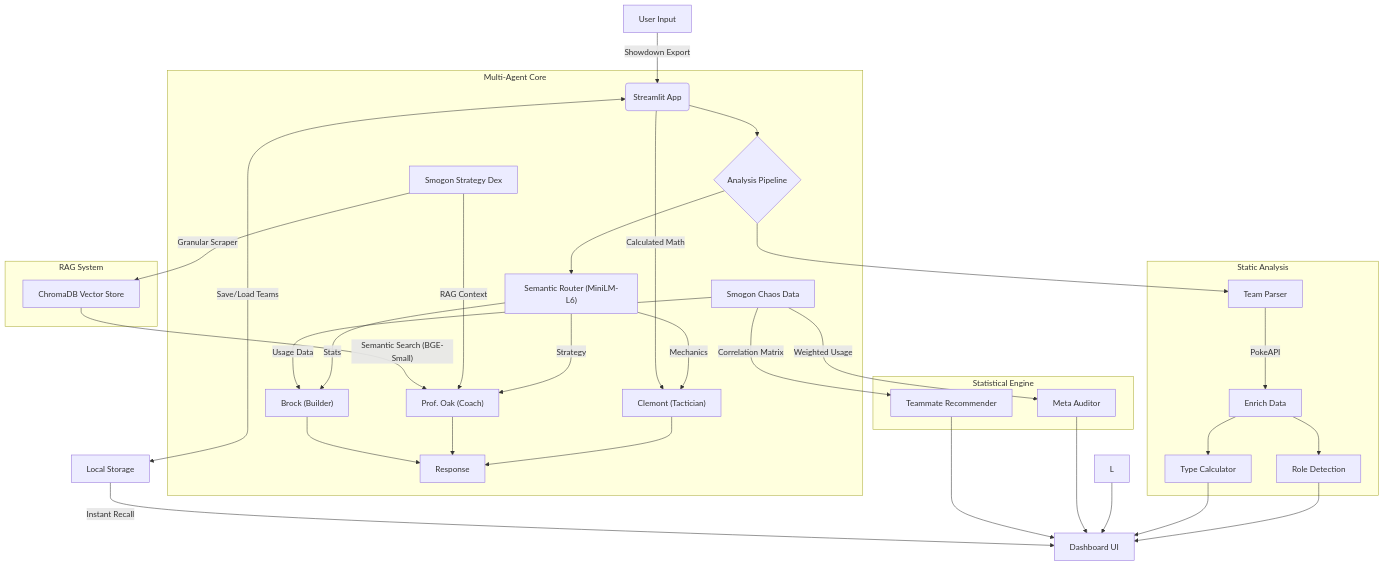
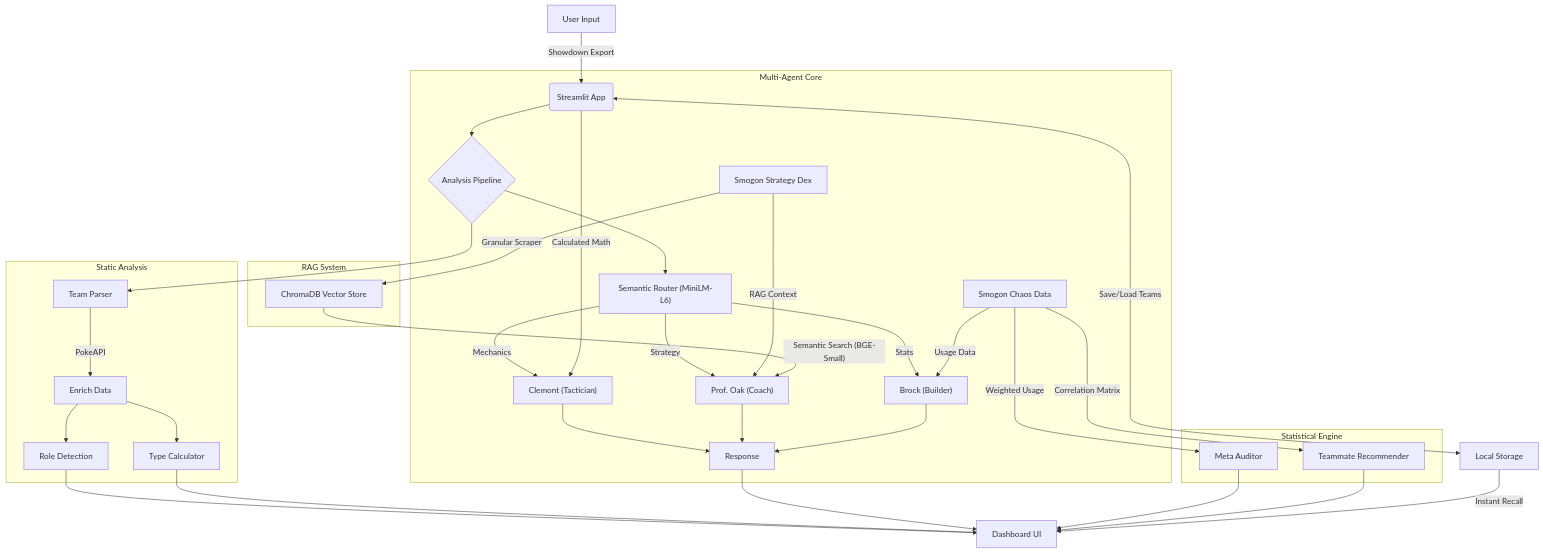
One commit to NamikazeAsh/MetaMatch changed the diagram in README.md. Above: the diagram before and after it, drawn with Mermaid.

Commit message:
docs: fix broken mermaid diagram in main README by defining undefined node and quoting labels

````diff
--- a/README.md
+++ b/README.md
@@ -83,44 +83,44 @@
 ```mermaid
 graph TD
-    A[User Input] -->|Showdown Export| B(Streamlit App)
-    B --> C{Analysis Pipeline}
-    B <-->|Save/Load Teams| S[Local Storage]
+    A["User Input"] -->|"Showdown Export"| B("Streamlit App")
+    B --> C{"Analysis Pipeline"}
+    B <-->|"Save/Load Teams"| S["Local Storage"]
 
     subgraph AI_Core ["Multi-Agent Core"]
     C --> R["Semantic Router (MiniLM-L6)"]
     R -->|Mechanics| T["Clemont (Tactician)"]
     R -->|Strategy| U["Prof. Oak (Coach)"]
     R -->|Stats| V["Brock (Builder)"]
-    B -->|Calculated Math| T
-    H -->|RAG Context| U
-    M -->|Usage Data| V
+    B -->|"Calculated Math"| T
+    H -->|"RAG Context"| U
+    M -->|"Usage Data"| V
     T --> W[Response]
     U --> W
     V --> W
     end
 
     subgraph RAG_Engine ["RAG System"]
-    H[Smogon Strategy Dex]
-    H -->|Granular Scraper| I[ChromaDB Vector Store]
+    H["Smogon Strategy Dex"]
+    H -->|"Granular Scraper"| I["ChromaDB Vector Store"]
     I -->|"Semantic Search (BGE-Small)"| U
     end
 
     subgraph Static_Analysis ["Static Analysis"]
-    C --> D[Team Parser]
-    D -->|PokeAPI| E[Enrich Data]
-    E --> F[Role Detection]
-    E --> G[Type Calculator]
+    C --> D["Team Parser"]
+    D -->|PokeAPI| E["Enrich Data"]
+    E --> F["Role Detection"]
+    E --> G["Type Calculator"]
     end
 
     subgraph Statistical_Engine ["Statistical Engine"]
-    M[Smogon Chaos Data] -->|Weighted Usage| N[Meta Auditor]
-    M -->|Correlation Matrix| O[Teammate Recommender]
+    M["Smogon Chaos Data"] -->|"Weighted Usage"| N["Meta Auditor"]
+    M -->|"Correlation Matrix"| O["Teammate Recommender"]
     end
 
-    F --> P[Dashboard UI]
+    F --> P["Dashboard UI"]
     G --> P
-    L --> P
+    W --> P
     N --> P
     O --> P
-    S -->|Instant Recall| P
+    S -->|"Instant Recall"| P
 ```
````
